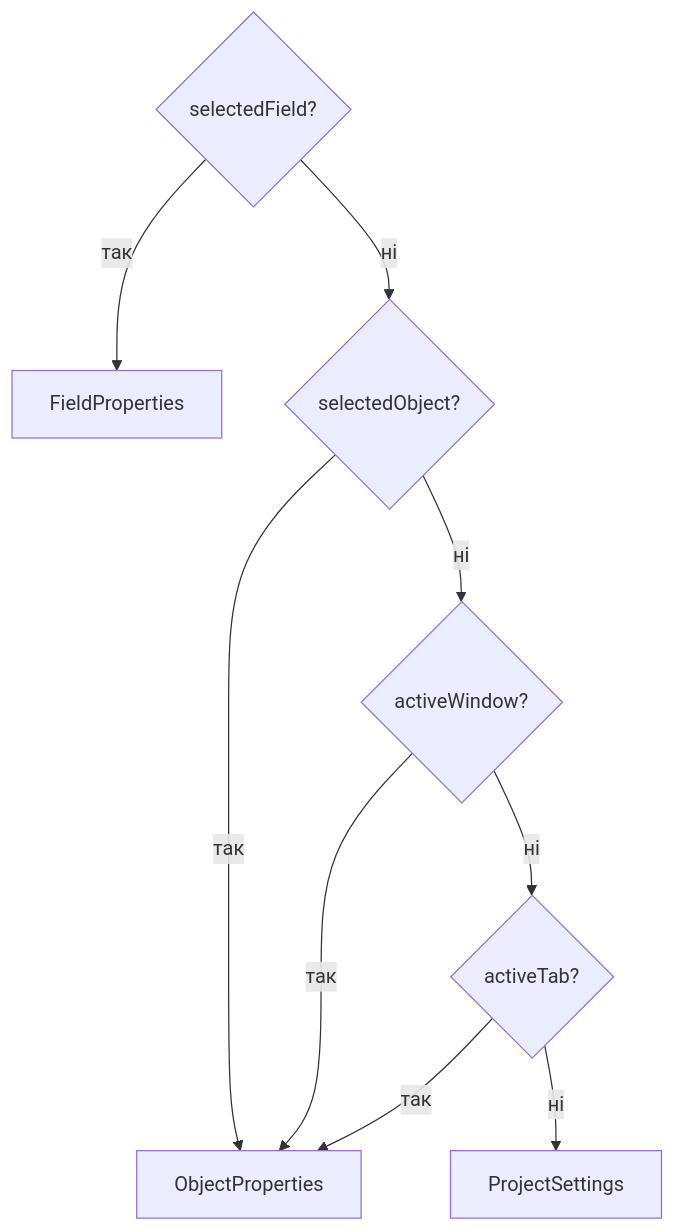
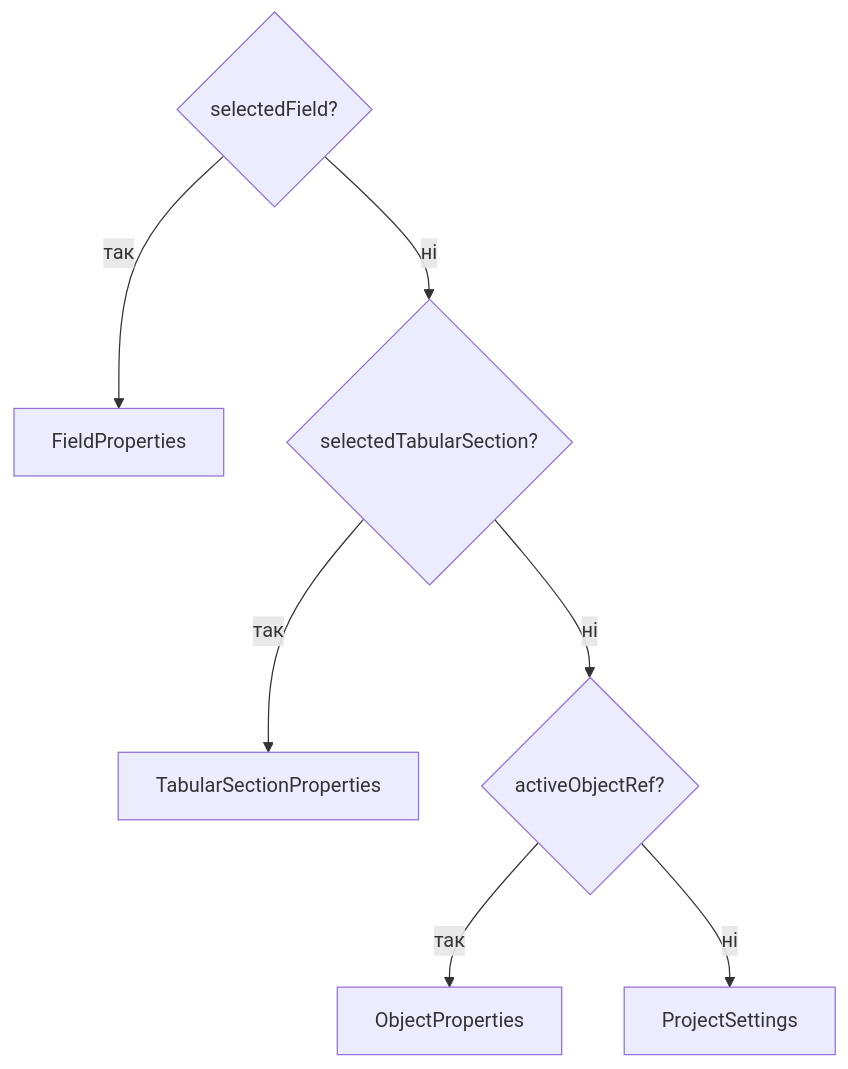
One commit to VSydorenko/Simetra changed the third of 3 diagrams in docs/architecture/ui-components.md. Above: the diagram before and after it, drawn with Mermaid. The commit also changed other lines of this file and 33 other files, not shown here.

````diff
--- a/docs/architecture/ui-components.md
+++ b/docs/architecture/ui-components.md
@@ -215,11 +216,9 @@
 ```mermaid
 flowchart TD
   Field{selectedField?} -- так --> FieldProps[FieldProperties]
-  Field -- ні --> SelectedObject{selectedObject?}
-  SelectedObject -- так --> ObjectProps[ObjectProperties]
-  SelectedObject -- ні --> ActiveWindow{activeWindow?}
-  ActiveWindow -- так --> ObjectProps
-  ActiveWindow -- ні --> ActiveTab{activeTab?}
-  ActiveTab -- так --> ObjectProps
-  ActiveTab -- ні --> ProjectProps[ProjectSettings]
+  Field -- ні --> TabularSection{selectedTabularSection?}
+  TabularSection -- так --> TabularSectionProps[TabularSectionProperties]
+  TabularSection -- ні --> ActiveObjectRef{activeObjectRef?}
+  ActiveObjectRef -- так --> ObjectProps[ObjectProperties]
+  ActiveObjectRef -- ні --> ProjectProps[ProjectSettings]
 ```
````
